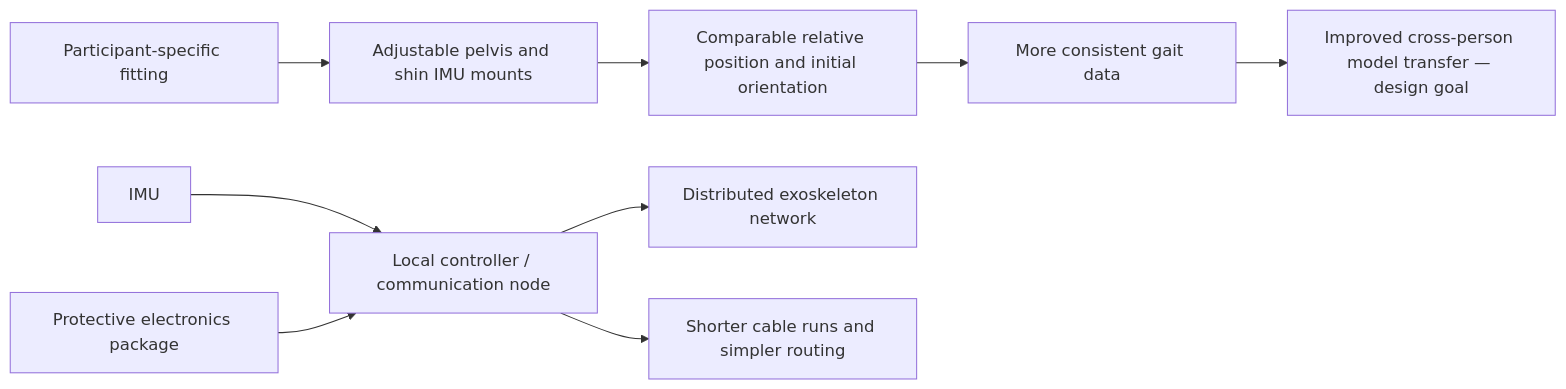
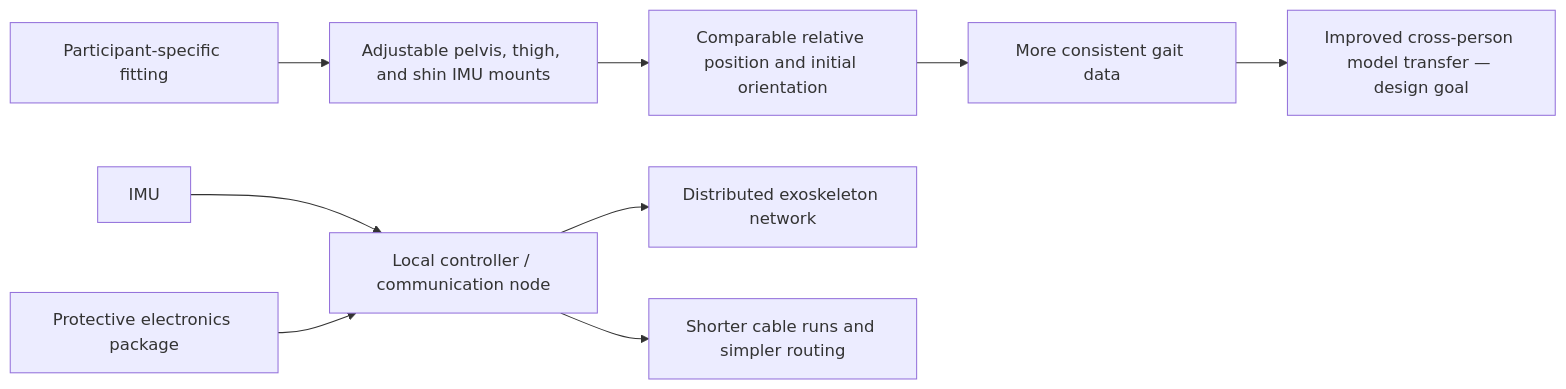
One commit to eikahn922/exoskeleton_SensorPlacementProject changed the diagram in README.md. Above: the diagram before and after it, drawn with Mermaid. The commit also changed other lines of this file and 11 other files, not shown here.

Commit message:
Add adjustable thigh IMU mounting project

```diff
--- a/README.md
+++ b/README.md
@@ -50,12 +50,12 @@
 ~~~mermaid
 flowchart LR
-    Fit["Participant-specific fitting"] --> Mount["Adjustable pelvis and shin IMU mounts"]
+    Fit["Participant-specific fitting"] --> Mount["Adjustable pelvis, thigh, and shin IMU mounts"]
     Mount --> Alignment["Comparable relative position and initial orientation"]
     Alignment --> Data["More consistent gait data"]
     Data --> Transfer["Improved cross-person model transfer — design goal"]
 
     IMU["IMU"] --> Local["Local controller / communication node"]
     Local --> Network["Distributed exoskeleton network"]
     Local --> Wiring["Shorter cable runs and simpler routing"]
     Package["Protective electronics package"] --> Local
 ~~~
```
